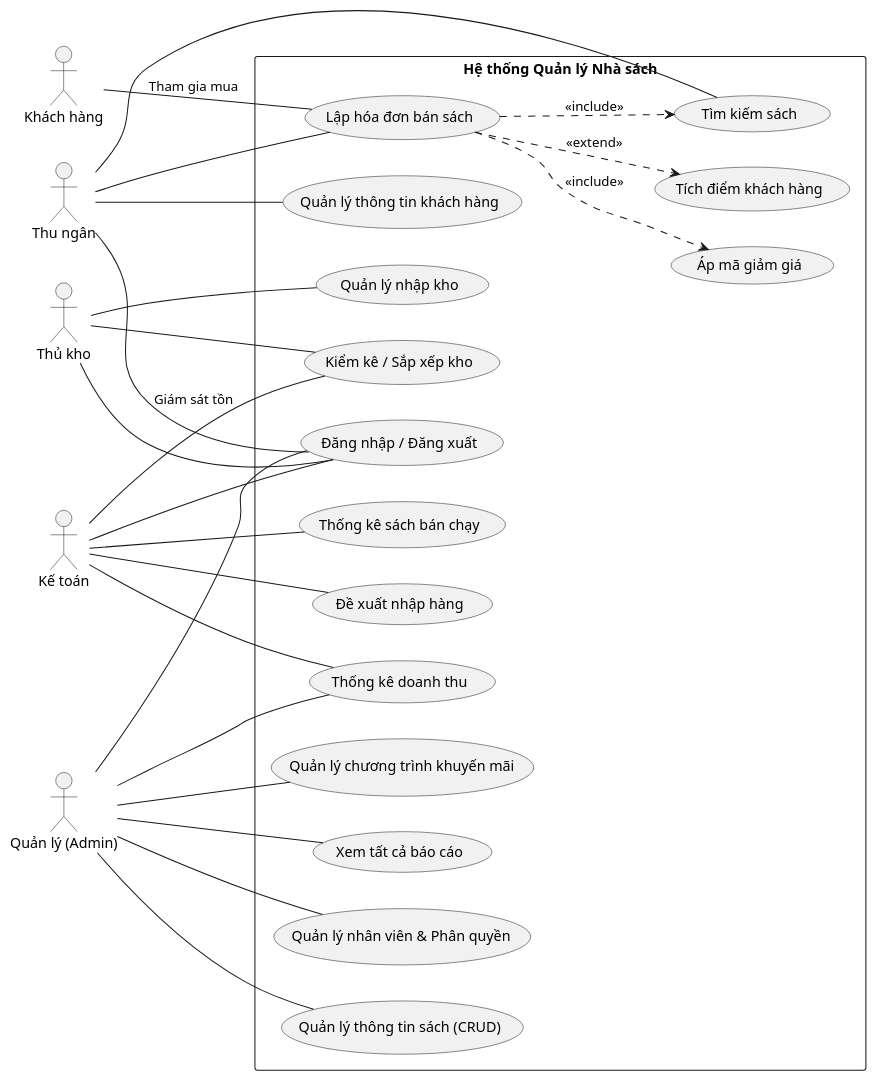
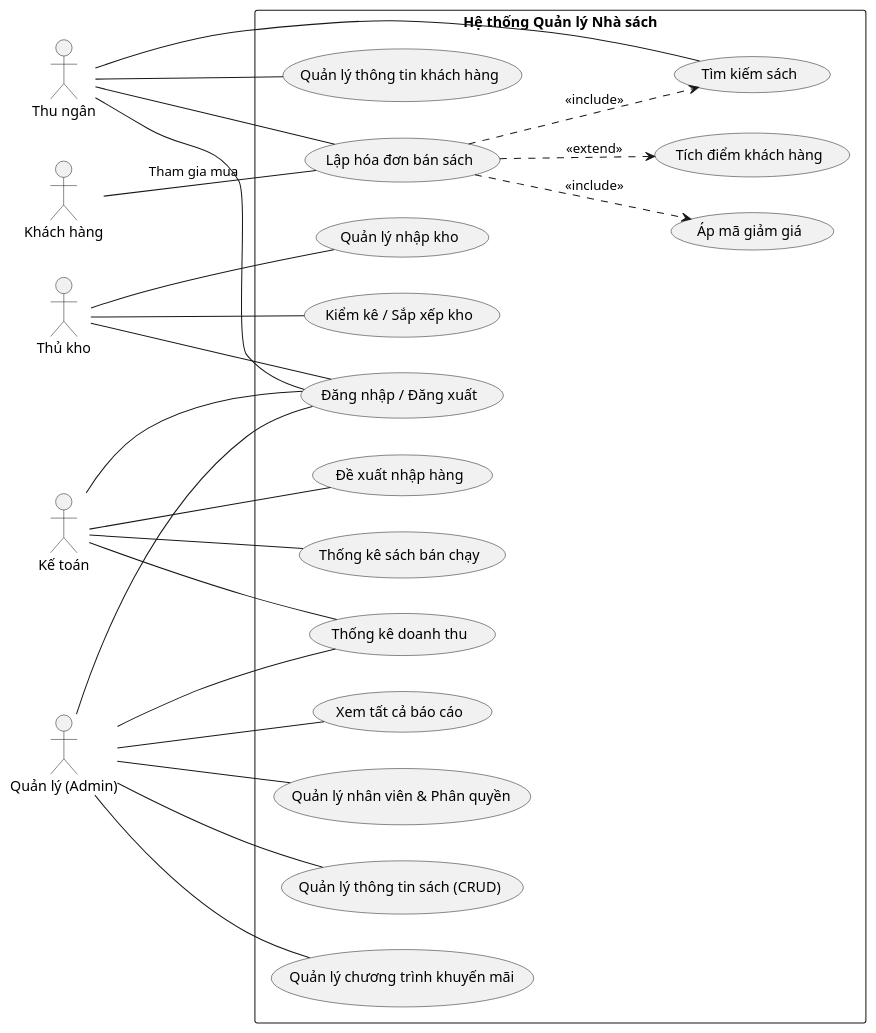
The diagram in docs/use case/tổng quan.plantuml (Kh0anh/QuanLyNhaSach), drawn with PlantUML before and after one commit. The commit also changed 8 other files, not shown here.

```diff
--- a/docs/use case/tổng quan.plantuml
+++ b/docs/use case/tổng quan.plantuml
@@ -1,71 +1,70 @@
 @startuml
 left to right direction
 skinparam packageStyle rectangle
 
 actor "Khách hàng" as KH
 actor "Thu ngân" as TN
 actor "Thủ kho" as TK
 actor "Kế toán" as KT
 actor "Quản lý (Admin)" as QL
 
 package "Hệ thống Quản lý Nhà sách" {
     
     usecase "Đăng nhập / Đăng xuất" as UC_Login
     
     ' Nhóm Bán hàng (Thu ngân)
     usecase "Lập hóa đơn bán sách" as UC_BanHang
     usecase "Tìm kiếm sách" as UC_TimSach
     usecase "Áp mã giảm giá" as UC_GiamGia
     usecase "Quản lý thông tin khách hàng" as UC_QLKH
     usecase "Tích điểm khách hàng" as UC_TichDiem
     
     ' Nhóm Kho (Thủ kho)
     usecase "Quản lý nhập kho" as UC_NhapKho
     usecase "Kiểm kê / Sắp xếp kho" as UC_KiemKho
     
     ' Nhóm Kế toán
     usecase "Thống kê doanh thu" as UC_TK_DoanhThu
     usecase "Thống kê sách bán chạy" as UC_TK_BanChay
     usecase "Đề xuất nhập hàng" as UC_DeXuatNhap
     
     ' Nhóm Quản trị (Quản lý)
     usecase "Quản lý nhân viên & Phân quyền" as UC_QLNV
     usecase "Quản lý thông tin sách (CRUD)" as UC_QLSach
     usecase "Quản lý chương trình khuyến mãi" as UC_QLKM
     usecase "Xem tất cả báo cáo" as UC_XemBaoCao
 
 }
 
 ' Quan hệ Thu ngân
 TN -- UC_Login
 TN -- UC_BanHang
 TN -- UC_TimSach
 TN -- UC_QLKH
 UC_BanHang ..> UC_GiamGia : <<include>>
 UC_BanHang ..> UC_TichDiem : <<extend>>
 UC_BanHang ..> UC_TimSach : <<include>>
 
 ' Quan hệ Khách hàng (Tác động vào việc mua hàng)
 KH -- UC_BanHang : Tham gia mua
 
 ' Quan hệ Thủ kho
 TK -- UC_Login
 TK -- UC_NhapKho
 TK -- UC_KiemKho
 
 ' Quan hệ Kế toán
 KT -- UC_Login
 KT -- UC_TK_DoanhThu
 KT -- UC_TK_BanChay
 KT -- UC_DeXuatNhap
-KT -- UC_KiemKho : Giám sát tồn
 
 ' Quan hệ Quản lý (Có quyền cao nhất)
 QL -- UC_Login
 QL -- UC_QLNV
 QL -- UC_QLSach
 QL -- UC_QLKM
 QL -- UC_XemBaoCao
 QL -- UC_TK_DoanhThu
 
 @enduml
```
